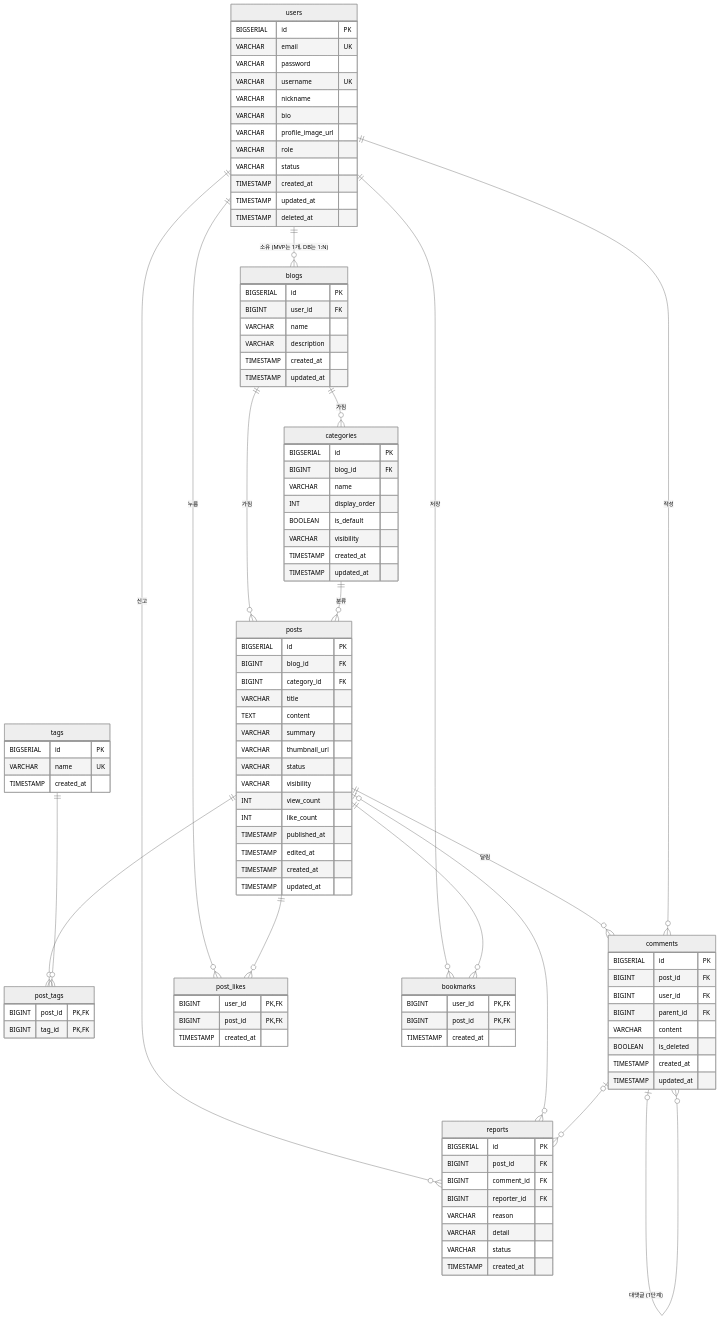
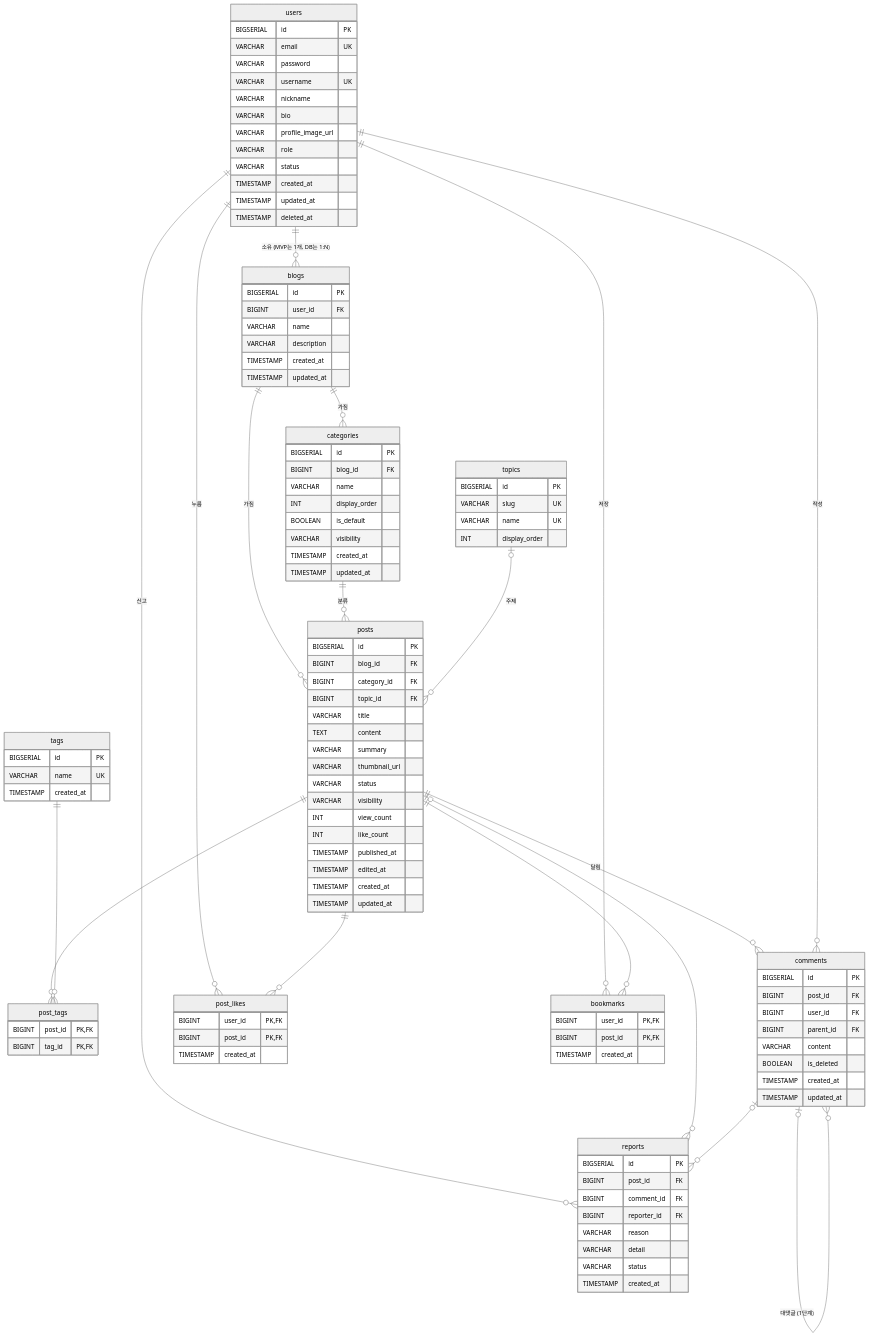
One commit to AIP-1/blog-basic-AIGJ_01_007-firstblog changed the diagram in docs/ERD.md. Above: the diagram before and after it, drawn with Mermaid (neutral theme). The commit also changed other lines of this file and 4 other files, not shown here.

```diff
--- a/docs/ERD.md
+++ b/docs/ERD.md
@@ -15,6 +15,7 @@
     blogs ||--o{ categories : "가짐"
     blogs ||--o{ posts : "가짐"
     categories ||--o{ posts : "분류"
+    topics |o--o{ posts : "주제"
     posts ||--o{ post_tags : ""
     tags ||--o{ post_tags : ""
     posts ||--o{ comments : "달림"
@@ -60,10 +61,17 @@
         TIMESTAMP created_at
         TIMESTAMP updated_at
     }
+    topics {
+        BIGSERIAL id PK
+        VARCHAR slug UK
+        VARCHAR name UK
+        INT display_order
+    }
     posts {
         BIGSERIAL id PK
         BIGINT blog_id FK
         BIGINT category_id FK
+        BIGINT topic_id FK
         VARCHAR title
         TEXT content
         VARCHAR summary
```
